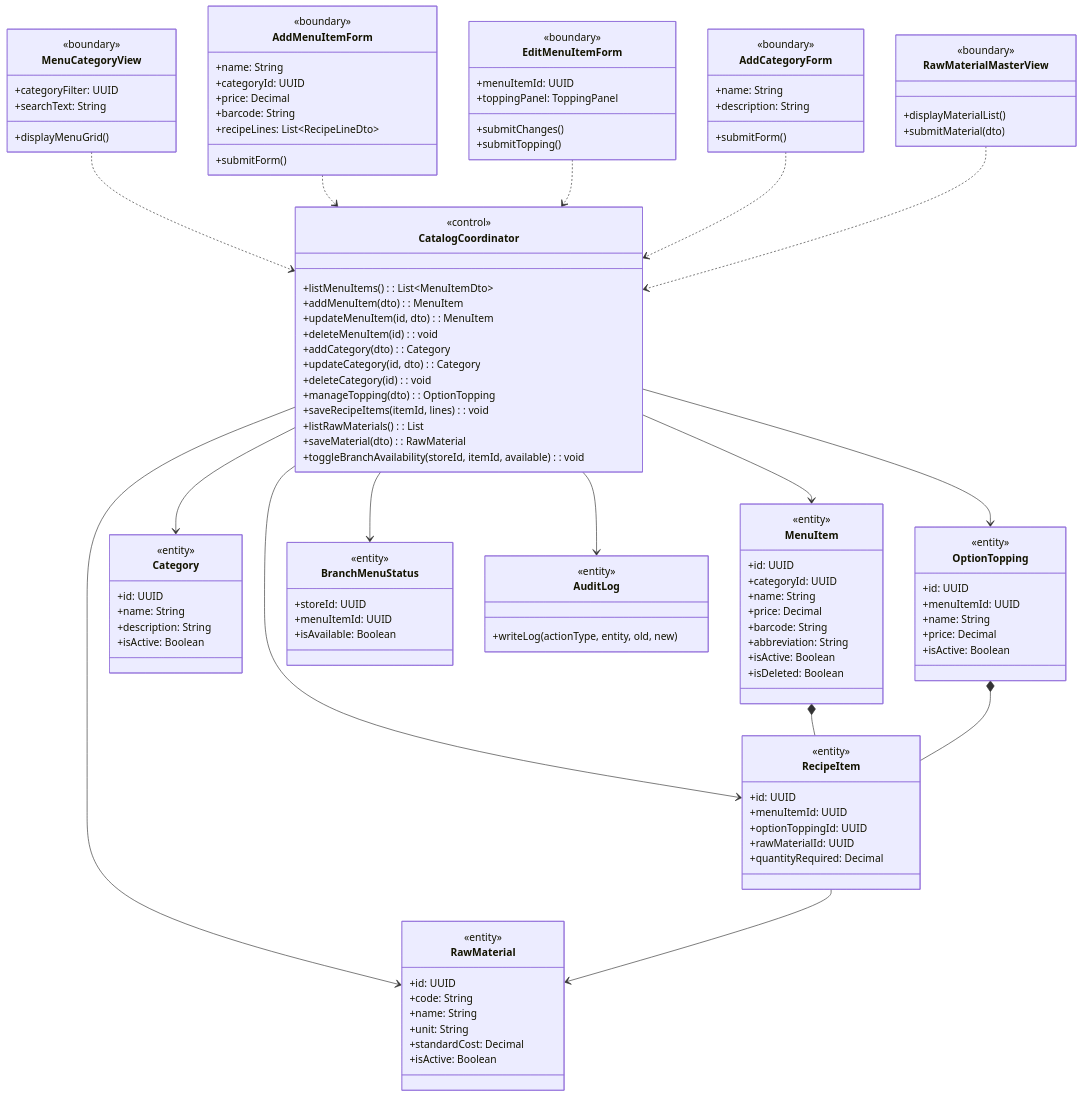
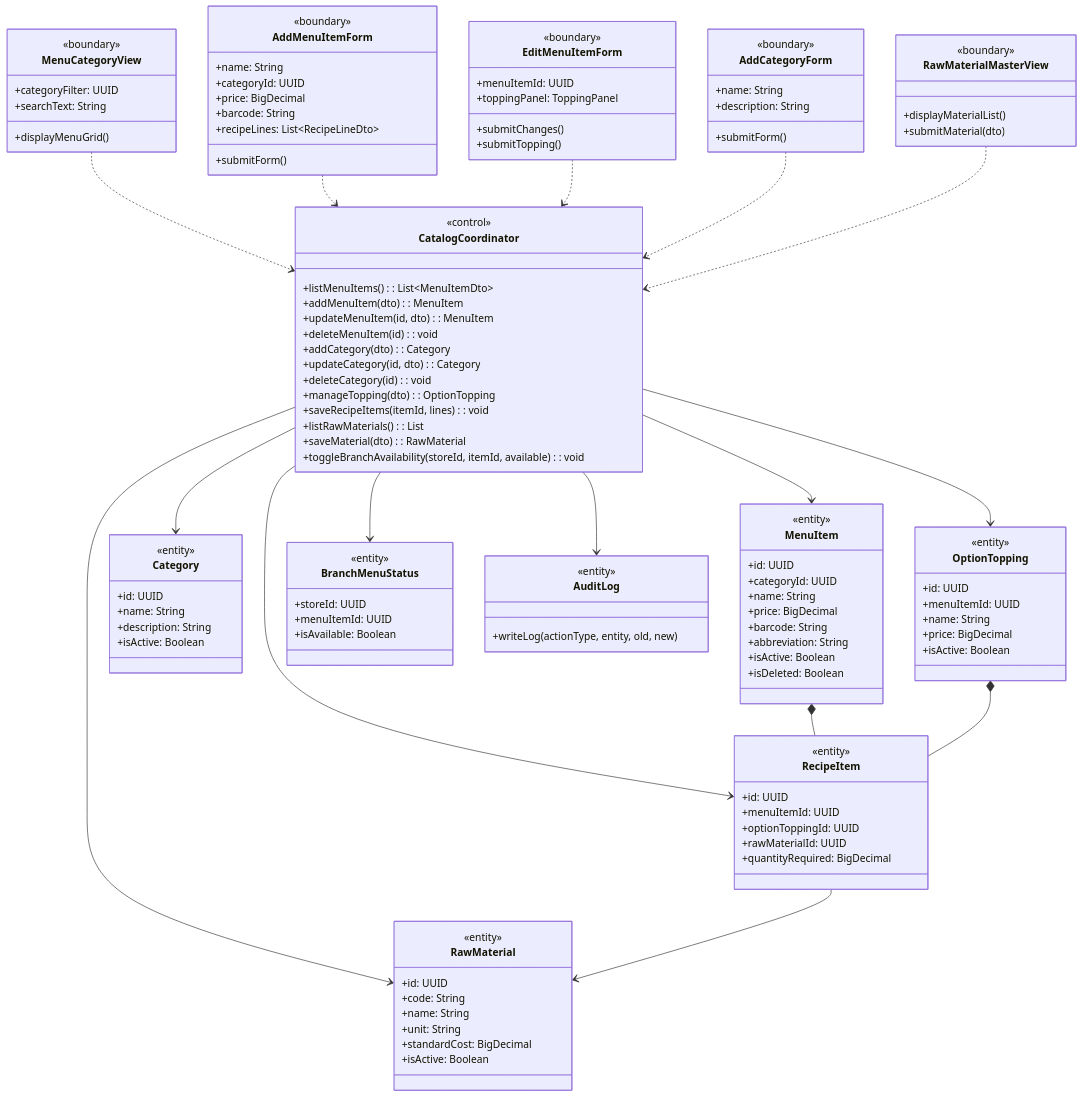
Before and after one commit to Shaichi/Khoga_coffe_shop: the first of 5 diagrams in rds_sections/06_detailed_3_3_menu_category.md, drawn with Mermaid. The commit also changed other lines of this file and 13 other files, not shown here.

Commit message:
docs(rds): Update User entity fields and change Decimal to BigDecimal

```diff
--- a/rds_sections/06_detailed_3_3_menu_category.md
+++ b/rds_sections/06_detailed_3_3_menu_category.md
@@ -18,7 +18,7 @@
         <<boundary>>
         +name: String
         +categoryId: UUID
-        +price: Decimal
+        +price: BigDecimal
         +barcode: String
         +recipeLines: List~RecipeLineDto~
         +submitForm()
@@ -61,7 +61,7 @@
         +id: UUID
         +categoryId: UUID
         +name: String
-        +price: Decimal
+        +price: BigDecimal
         +barcode: String
         +abbreviation: String
         +isActive: Boolean
@@ -79,7 +79,7 @@
         +id: UUID
         +menuItemId: UUID
         +name: String
-        +price: Decimal
+        +price: BigDecimal
         +isActive: Boolean
     }
     class RecipeItem {
@@ -88,7 +88,7 @@
         +menuItemId: UUID
         +optionToppingId: UUID
         +rawMaterialId: UUID
-        +quantityRequired: Decimal
+        +quantityRequired: BigDecimal
     }
     class RawMaterial {
         <<entity>>
@@ -96,7 +96,7 @@
         +code: String
         +name: String
         +unit: String
-        +standardCost: Decimal
+        +standardCost: BigDecimal
         +isActive: Boolean
     }
     class BranchMenuStatus {
```
